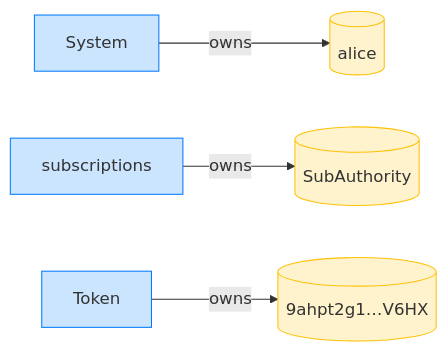
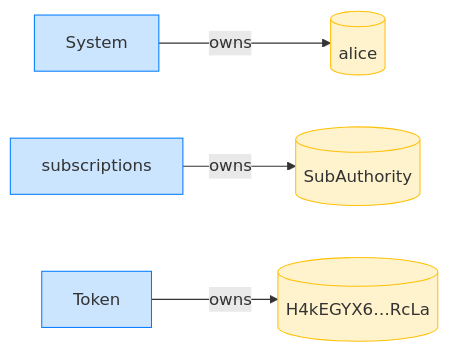
Before and after one commit to cds-rs/subscriptions: the fourth of 16 diagrams in dsl_tests/fixed-transfer-delegator-mismatch-exploit-is-blocked.md, drawn with Mermaid. The commit also changed other lines of this file and 224 other files, not shown here.

````diff
--- a/dsl_tests/fixed-transfer-delegator-mismatch-exploit-is-blocked.md
+++ b/dsl_tests/fixed-transfer-delegator-mismatch-exploit-is-blocked.md
@@ -73,14 +78,14 @@
 ```mermaid
 flowchart LR
     classDef owner fill:#cce5ff,stroke:#007bff;
     classDef account fill:#fff3cd,stroke:#ffc107;
     System[System]:::owner
     alice[(alice)]:::account
     subscriptions[subscriptions]:::owner
     SubAuthority[(SubAuthority)]:::account
     Token[Token]:::owner
-    9ahpt2g1_V6HX[("9ahpt2g1…V6HX")]:::account
+    H4kEGYX6_RcLa[("H4kEGYX6…RcLa")]:::account
     System -->|owns| alice
     subscriptions -->|owns| SubAuthority
-    Token -->|owns| 9ahpt2g1_V6HX
+    Token -->|owns| H4kEGYX6_RcLa
 ```
````
